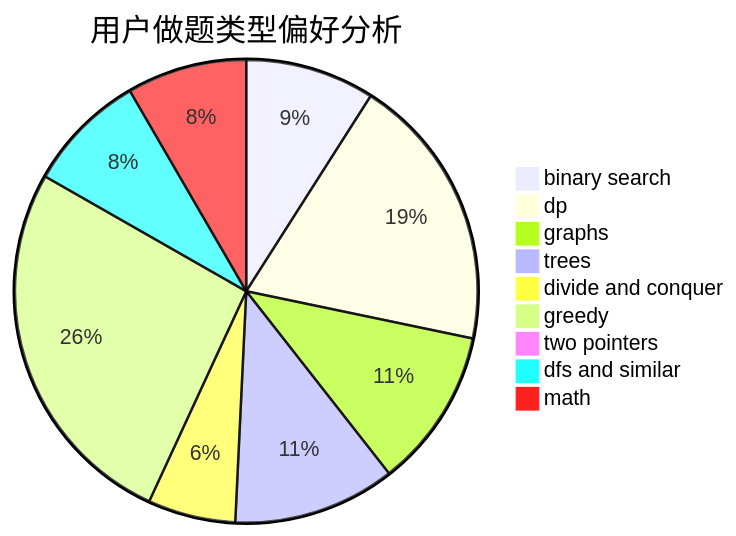
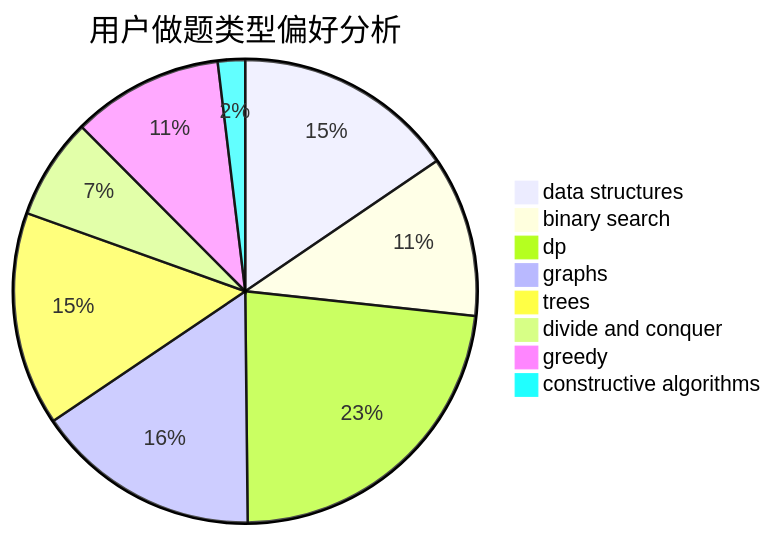
The second of 3 diagrams in docs/user/u569.md (sherpahu/cfrs.github.io), drawn with Mermaid before and after one commit. The commit also changed other lines of this file and 2775 other files, not shown here.

````diff
--- a/docs/user/u569.md
+++ b/docs/user/u569.md
@@ -23,12 +23,11 @@
 ```mermaid
 pie title 用户做题类型偏好分析
-    "binary search" :  137
-    "dp" :  292
-    "graphs" :  169
-    "trees" :  172
-    "divide and conquer" :  93
-    "greedy" :  400
-    "two pointers" :  11
-    "dfs and similar" :  127
-    "math" :  127
+    "data structures" :  138
+    "binary search" :  100
+    "dp" :  206
+    "graphs" :  140
+    "trees" :  133
+    "divide and conquer" :  63
+    "greedy" :  94
+    "constructive algorithms" :  17
 ```
````
